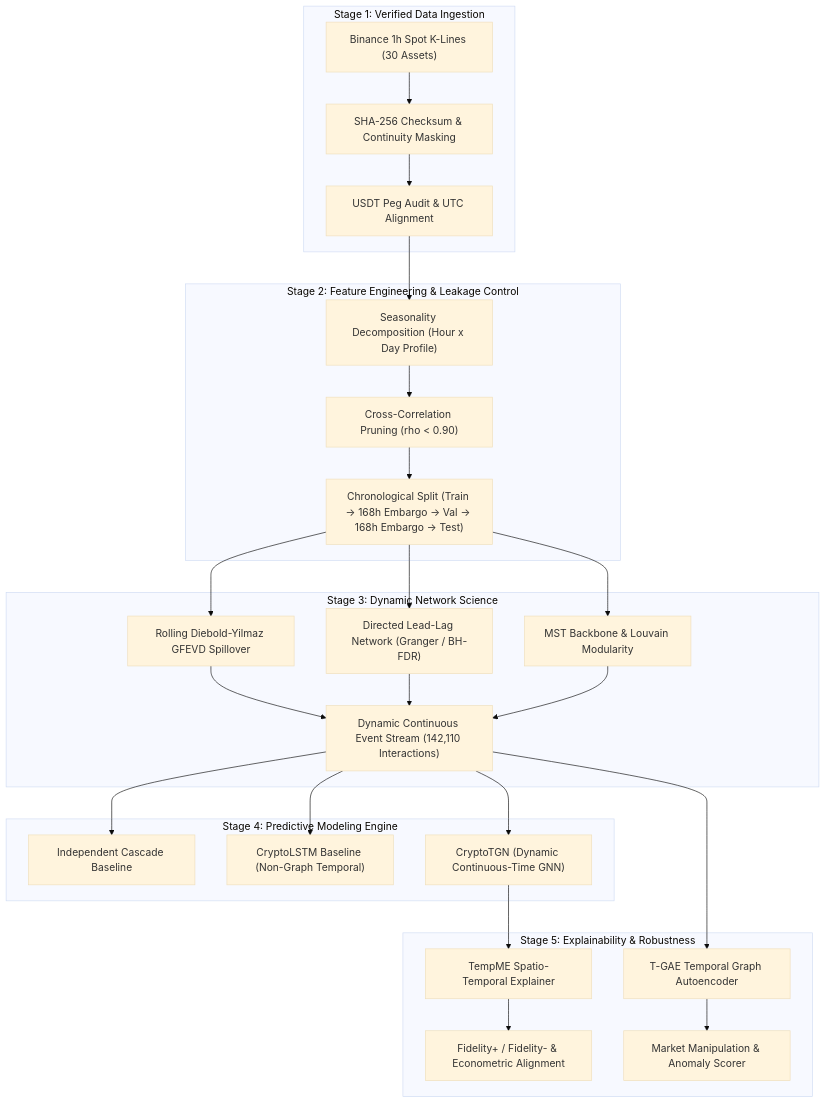
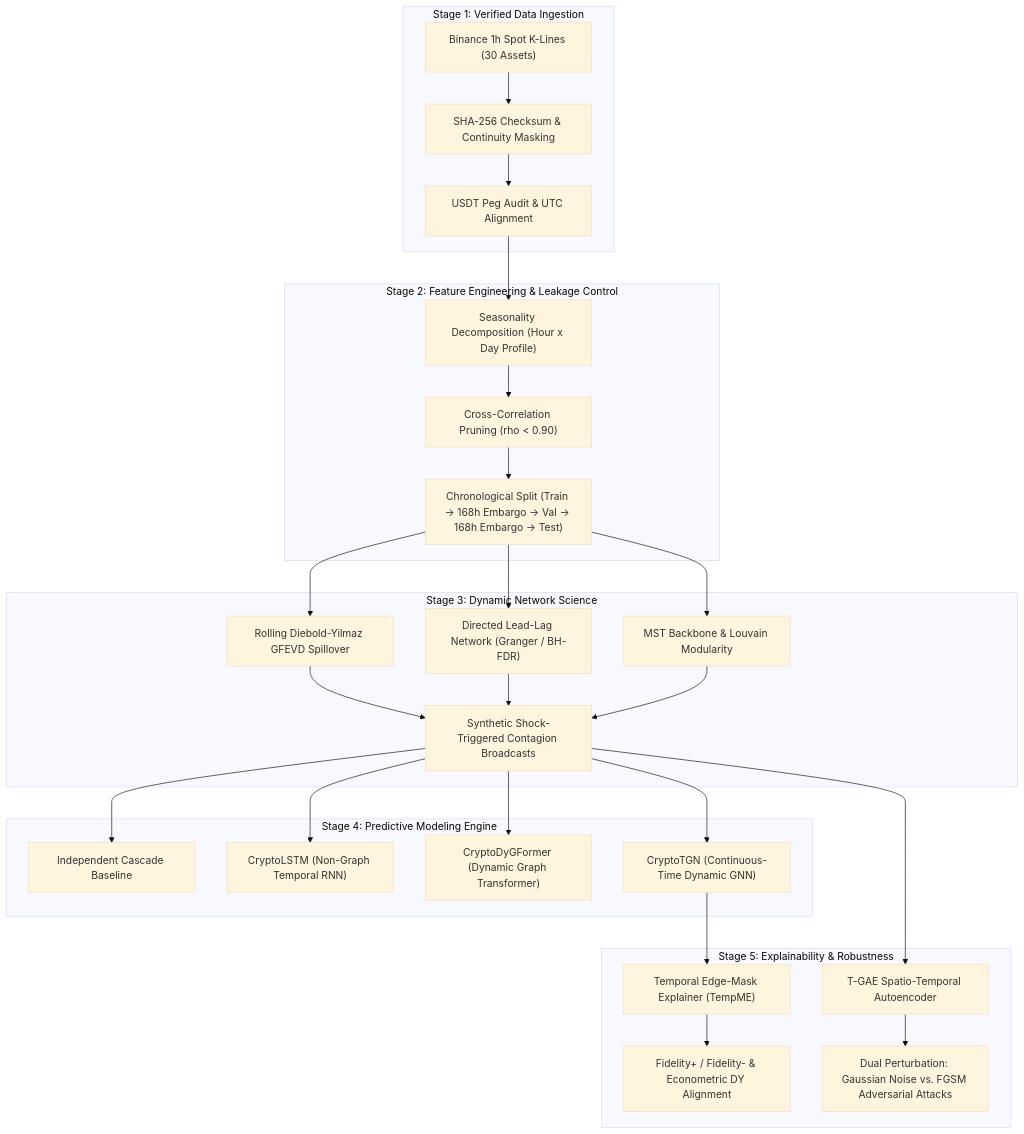
One commit to da-ksh-esh/CryptoGraph changed the diagram in reports/final_research_report.md. Above: the diagram before and after it, drawn with Mermaid (base theme). The commit also changed other lines of this file and 33 other files, not shown here.

````diff
--- a/reports/final_research_report.md
+++ b/reports/final_research_report.md
@@ -30,33 +36,34 @@
 ```mermaid
 flowchart TD
     subgraph S1["Stage 1: Verified Data Ingestion"]
         A["Binance 1h Spot K-Lines (30 Assets)"] --> B["SHA-256 Checksum & Continuity Masking"]
         B --> C["USDT Peg Audit & UTC Alignment"]
     end
 
     subgraph S2["Stage 2: Feature Engineering & Leakage Control"]
         C --> D["Seasonality Decomposition (Hour x Day Profile)"]
         D --> E["Cross-Correlation Pruning (rho < 0.90)"]
         E --> F["Chronological Split (Train -> 168h Embargo -> Val -> 168h Embargo -> Test)"]
     end
 
     subgraph S3["Stage 3: Dynamic Network Science"]
         F --> G["Rolling Diebold-Yilmaz GFEVD Spillover"]
         F --> H["Directed Lead-Lag Network (Granger / BH-FDR)"]
         F --> I["MST Backbone & Louvain Modularity"]
-        G & H & I --> J["Dynamic Continuous Event Stream (142,110 Interactions)"]
+        G & H & I --> J["Synthetic Shock-Triggered Contagion Broadcasts"]
     end
 
     subgraph S4["Stage 4: Predictive Modeling Engine"]
         J --> K["Independent Cascade Baseline"]
-        J --> L["CryptoLSTM Baseline (Non-Graph Temporal)"]
-        J --> M["CryptoTGN (Dynamic Continuous-Time GNN)"]
+        J --> L["CryptoLSTM (Non-Graph Temporal RNN)"]
+        J --> M["CryptoDyGFormer (Dynamic Graph Transformer)"]
+        J --> N["CryptoTGN (Continuous-Time Dynamic GNN)"]
     end
 
     subgraph S5["Stage 5: Explainability & Robustness"]
-        M --> N["TempME Spatio-Temporal Explainer"]
-        N --> O["Fidelity+ / Fidelity- & Econometric Alignment"]
-        J --> P["T-GAE Temporal Graph Autoencoder"]
-        P --> Q["Market Manipulation & Anomaly Scorer"]
+        N --> O["Temporal Edge-Mask Explainer (TempME)"]
+        O --> P["Fidelity+ / Fidelity- & Econometric DY Alignment"]
+        J --> Q["T-GAE Spatio-Temporal Autoencoder"]
+        Q --> R["Dual Perturbation: Gaussian Noise vs. FGSM Adversarial Attacks"]
     end
 ```
````
